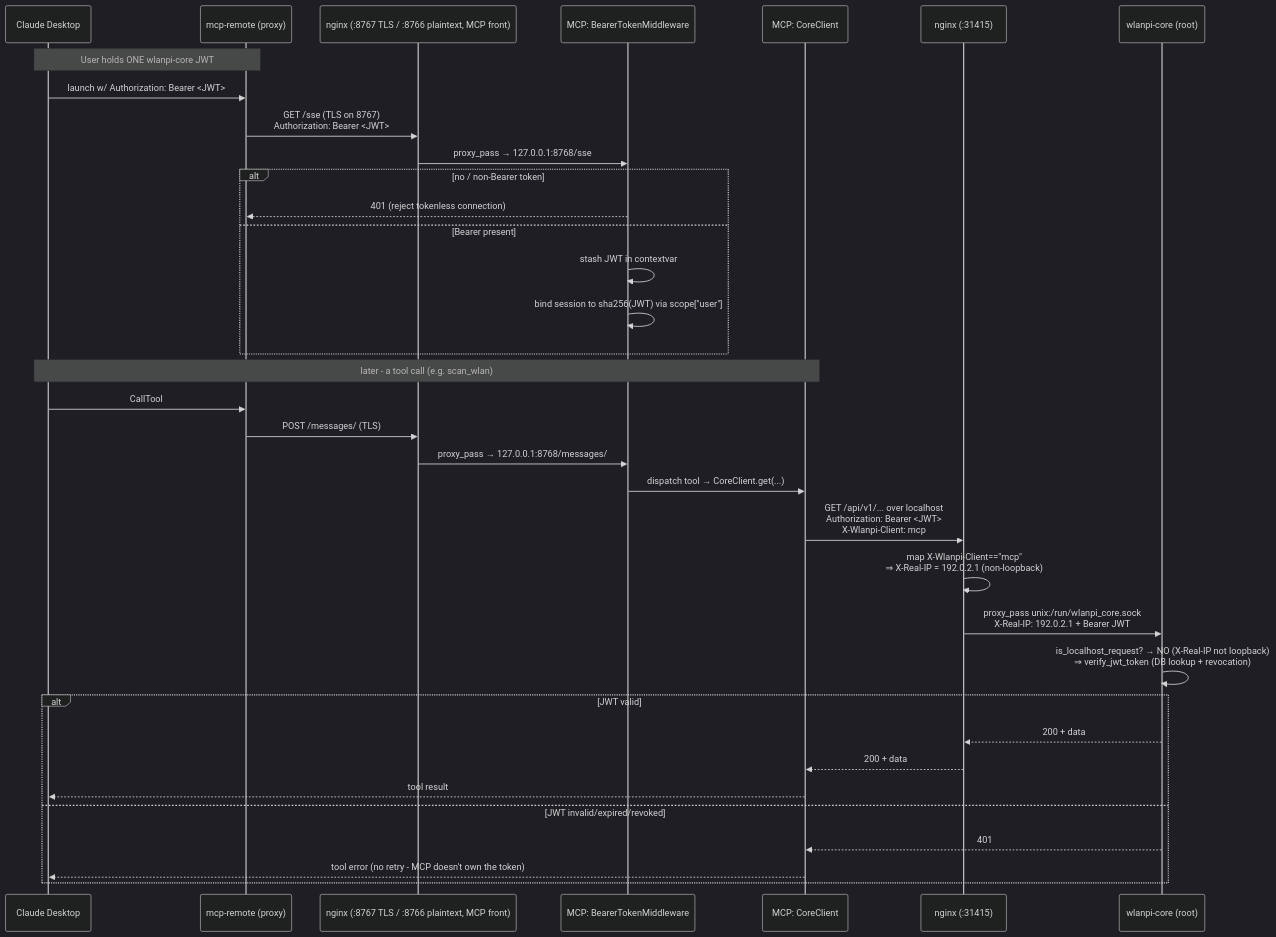
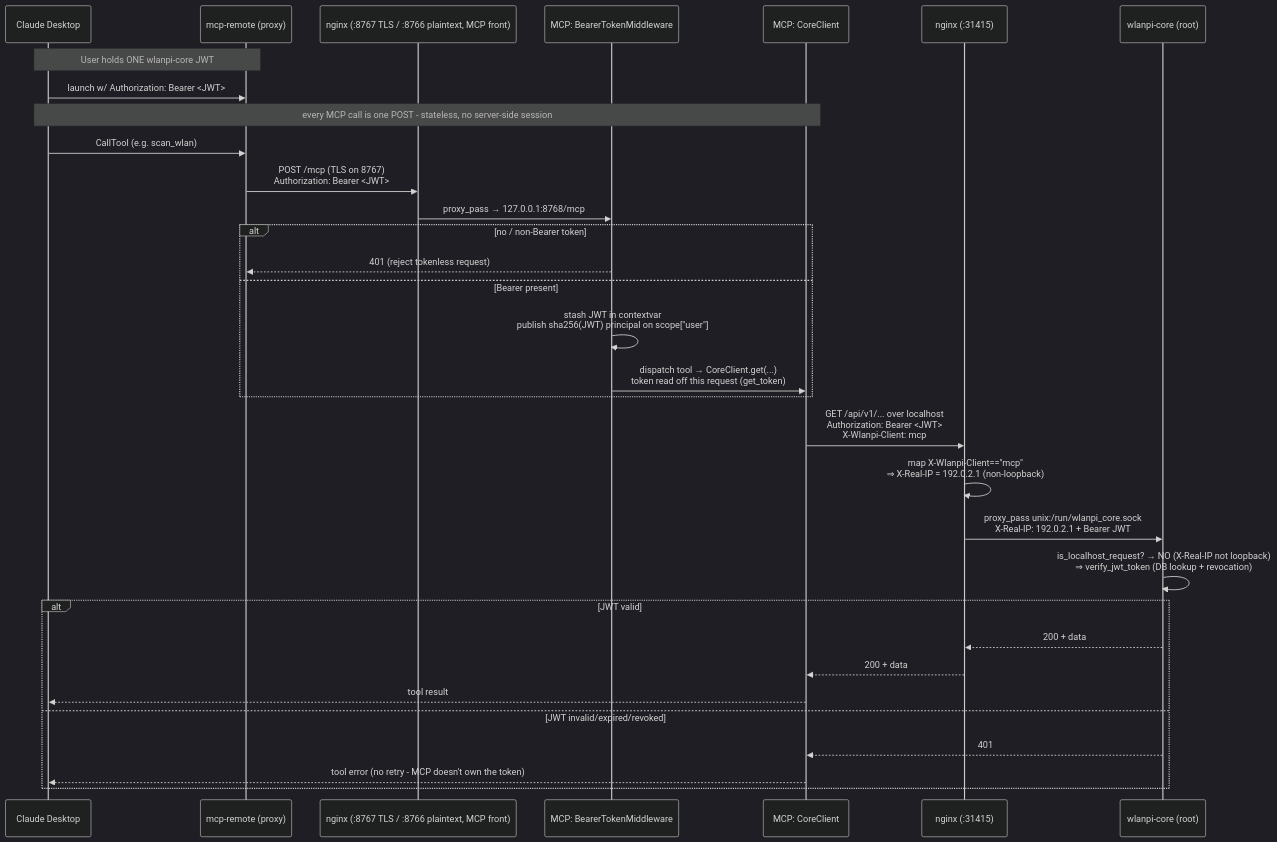
One commit to WLAN-Pi/wlanpi-mcp changed the first of 2 diagrams in docs/auth-flow.md. Above: the diagram before and after it, drawn with Mermaid (dark theme). The commit also changed other lines of this file and 26 other files, not shown here.

````diff
--- a/docs/auth-flow.md
+++ b/docs/auth-flow.md
@@ -18,39 +19,35 @@
 ```mermaid
 sequenceDiagram
     participant CD as Claude Desktop
     participant MR as mcp-remote (proxy)
     participant MG as nginx (:8767 TLS / :8766 plaintext, MCP front)
     participant MW as MCP: BearerTokenMiddleware
     participant CC as MCP: CoreClient
     participant NG as nginx (:31415)
     participant API as wlanpi-core (root)
 
     Note over CD,MR: User holds ONE wlanpi-core JWT
     CD->>MR: launch w/ Authorization: Bearer <JWT>
-    MR->>MG: GET /sse (TLS on 8767)<br/>Authorization: Bearer <JWT>
-    MG->>MW: proxy_pass → 127.0.0.1:8768/sse
+    Note over CD,CC: every MCP call is one POST - stateless, no server-side session
+    CD->>MR: CallTool (e.g. scan_wlan)
+    MR->>MG: POST /mcp (TLS on 8767)<br/>Authorization: Bearer <JWT>
+    MG->>MW: proxy_pass → 127.0.0.1:8768/mcp
     alt no / non-Bearer token
-        MW-->>MR: 401 (reject tokenless connection)
+        MW-->>MR: 401 (reject tokenless request)
     else Bearer present
-        MW->>MW: stash JWT in contextvar
-        MW->>MW: bind session to sha256(JWT) via scope["user"]
+        MW->>MW: stash JWT in contextvar<br/>publish sha256(JWT) principal on scope["user"]
+        MW->>CC: dispatch tool → CoreClient.get(...)<br/>token read off this request (get_token)
     end
-
-    Note over CD,CC: later - a tool call (e.g. scan_wlan)
-    CD->>MR: CallTool
-    MR->>MG: POST /messages/ (TLS)
-    MG->>MW: proxy_pass → 127.0.0.1:8768/messages/
-    MW->>CC: dispatch tool → CoreClient.get(...)
     CC->>NG: GET /api/v1/... over localhost<br/>Authorization: Bearer <JWT><br/>X-Wlanpi-Client: mcp
     NG->>NG: map X-Wlanpi-Client=="mcp"<br/>⇒ X-Real-IP = 192.0.2.1 (non-loopback)
     NG->>API: proxy_pass unix:/run/wlanpi_core.sock<br/>X-Real-IP: 192.0.2.1 + Bearer JWT
     API->>API: is_localhost_request? → NO (X-Real-IP not loopback)<br/>⇒ verify_jwt_token (DB lookup + revocation)
     alt JWT valid
         API-->>NG: 200 + data
         NG-->>CC: 200 + data
         CC-->>CD: tool result
     else JWT invalid/expired/revoked
         API-->>CC: 401
         CC-->>CD: tool error (no retry - MCP doesn't own the token)
     end
 ```
````
